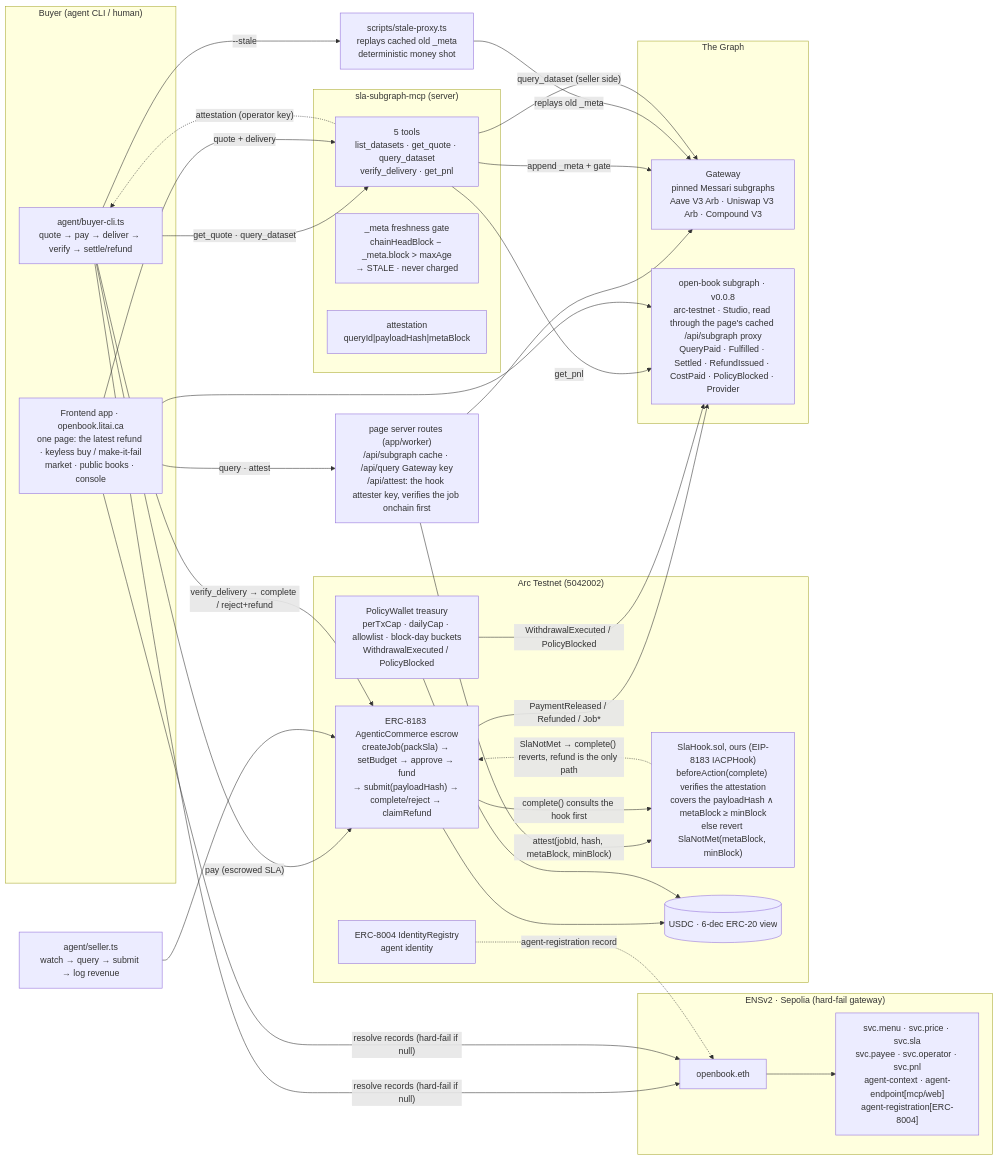
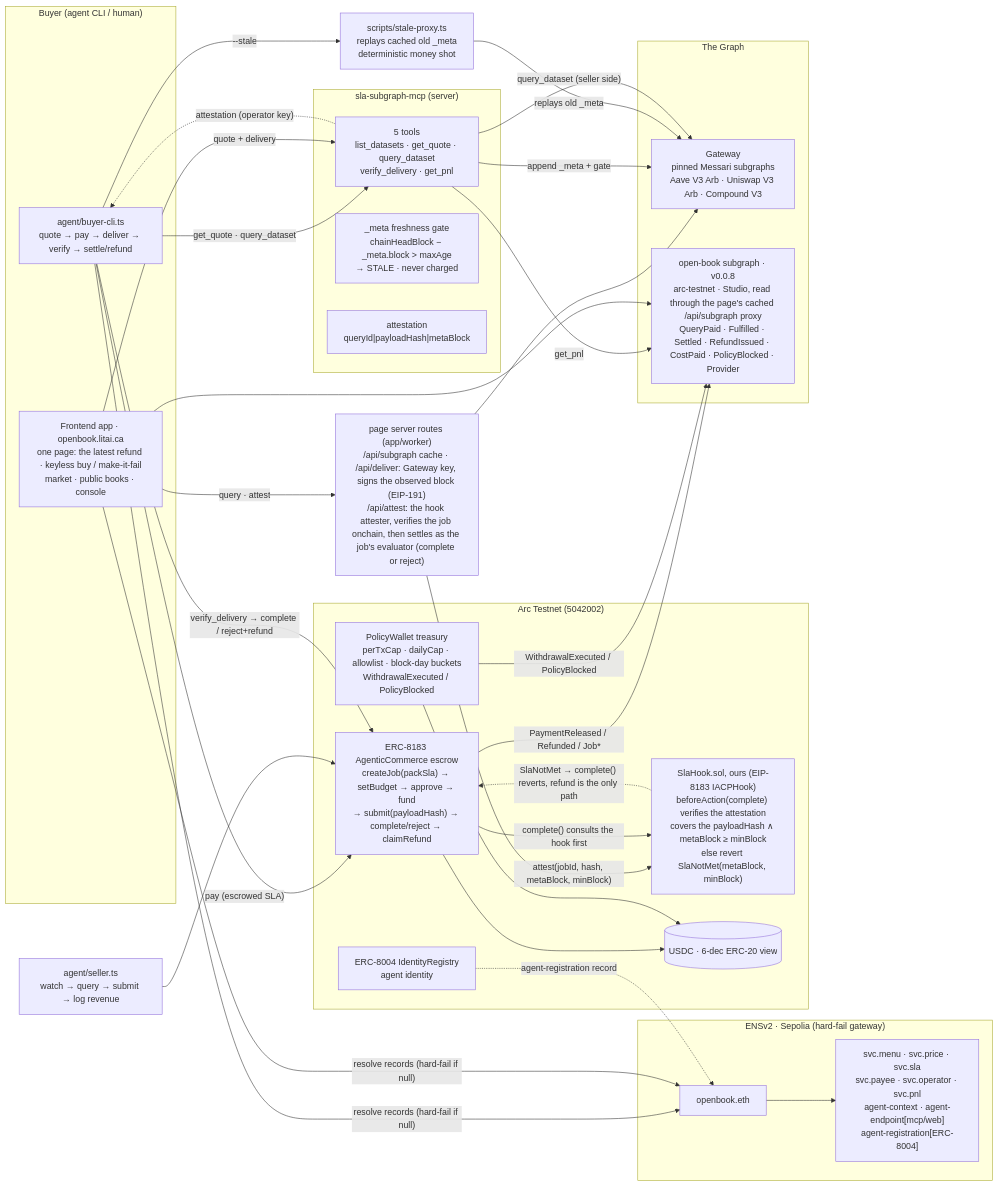
One commit to Aliserag/ethonline2026-openbook changed the diagram in docs/architecture.md. Above: the diagram before and after it, drawn with Mermaid. The commit also changed 19 other files, not shown here.

````diff
--- a/docs/architecture.md
+++ b/docs/architecture.md
@@ -12,60 +12,60 @@
 ```mermaid
 flowchart LR
     subgraph BuyerSide["Buyer (agent CLI / human)"]
         BC[agent/buyer-cli.ts<br/>quote → pay → deliver → verify → settle/refund]
         FE[Frontend app · openbook.litai.ca<br/>one page: the latest refund · keyless buy / make-it-fail<br/>market · public books · console]
     end
 
     subgraph ENSv2["ENSv2 · Sepolia (hard-fail gateway)"]
         NAME[openbook.eth]
         RECS["svc.menu · svc.price · svc.sla<br/>svc.payee · svc.operator · svc.pnl<br/>agent-context · agent-endpoint[mcp/web]<br/>agent-registration[ERC-8004]"]
         NAME --> RECS
     end
 
     subgraph Arc["Arc Testnet (5042002)"]
         J["ERC-8183 AgenticCommerce escrow<br/>createJob(packSla) → setBudget → approve → fund<br/>→ submit(payloadHash) → complete/reject → claimRefund"]
         HOOK["SlaHook.sol, ours (EIP-8183 IACPHook)<br/>beforeAction(complete) verifies the attestation<br/>covers the payloadHash ∧ metaBlock ≥ minBlock<br/>else revert SlaNotMet(metaBlock, minBlock)"]
         W["PolicyWallet treasury<br/>perTxCap · dailyCap · allowlist · block-day buckets<br/>WithdrawalExecuted / PolicyBlocked"]
         ID["ERC-8004 IdentityRegistry<br/>agent identity"]
         USDC[(USDC · 6-dec ERC-20 view)]
     end
 
     subgraph MCP["sla-subgraph-mcp (server)"]
         S["5 tools<br/>list_datasets · get_quote · query_dataset<br/>verify_delivery · get_pnl"]
         GATE["_meta freshness gate<br/>chainHeadBlock − _meta.block > maxAge<br/>→ STALE · never charged"]
         SIGN["attestation<br/>queryId|payloadHash|metaBlock"]
     end
 
     subgraph Graph["The Graph"]
         GW[Gateway<br/>pinned Messari subgraphs<br/>Aave V3 Arb · Uniswap V3 Arb · Compound V3]
         PNL[open-book subgraph · v0.0.8<br/>arc-testnet · Studio, read through the page's cached /api/subgraph proxy<br/>QueryPaid · Fulfilled · Settled · RefundIssued · CostPaid · PolicyBlocked · Provider]
     end
 
     SP[scripts/stale-proxy.ts<br/>replays cached old _meta<br/>deterministic money shot]
-    API["page server routes (app/worker)<br/>/api/subgraph cache · /api/query Gateway key<br/>/api/attest: the hook attester key, verifies the job onchain first"]
+    API["page server routes (app/worker)<br/>/api/subgraph cache · /api/deliver: Gateway key, signs the observed block (EIP-191)<br/>/api/attest: the hook attester, verifies the job onchain, then settles as the job's evaluator (complete or reject)"]
     FE -->|"query · attest"| API
     API --> GW
     API -->|"attest(jobId, hash, metaBlock, minBlock)"| HOOK
 
     BC -->|"resolve records (hard-fail if null)"| NAME
     FE -->|"resolve records (hard-fail if null)"| NAME
     BC -->|"get_quote · query_dataset"| S
     FE -->|"quote + delivery"| S
     S -->|"append _meta + gate"| GW
     BC -->|"--stale"| SP
     SP -->|"replays old _meta"| GW
     BC -->|"pay (escrowed SLA)"| J
     S -->|"query_dataset (seller side)"| GW
     SEL[agent/seller.ts<br/>watch → query → submit → log revenue] --> J
     BC -->|"verify_delivery → complete / reject+refund"| J
     J -->|"complete() consults the hook first"| HOOK
     HOOK -.->|"SlaNotMet → complete() reverts, refund is the only path"| J
     J --> USDC
     J -->|"PaymentReleased / Refunded / Job*"| PNL
     W --> USDC
     W -->|"WithdrawalExecuted / PolicyBlocked"| PNL
     S -->|"get_pnl"| PNL
     FE --> PNL
     ID -.->|"agent-registration record"| NAME
     S -.->|"attestation (operator key)"| BC
 ```
````
